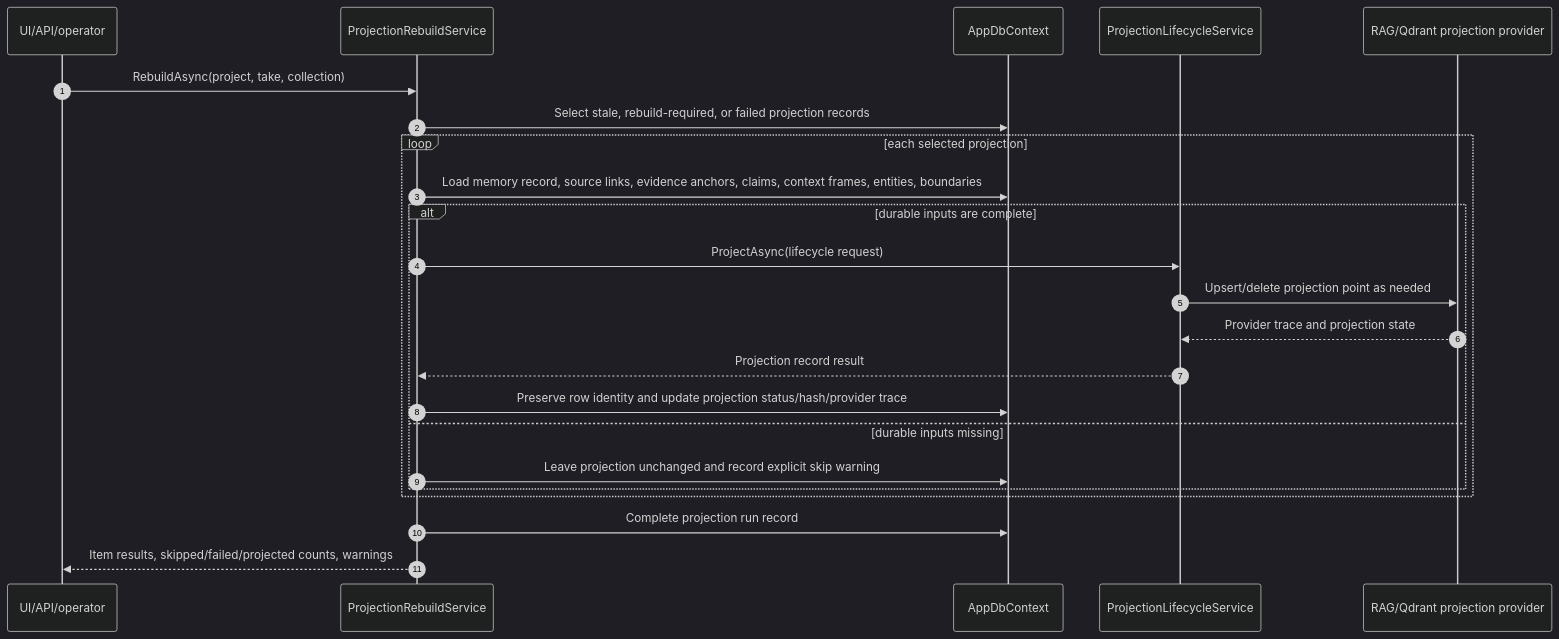
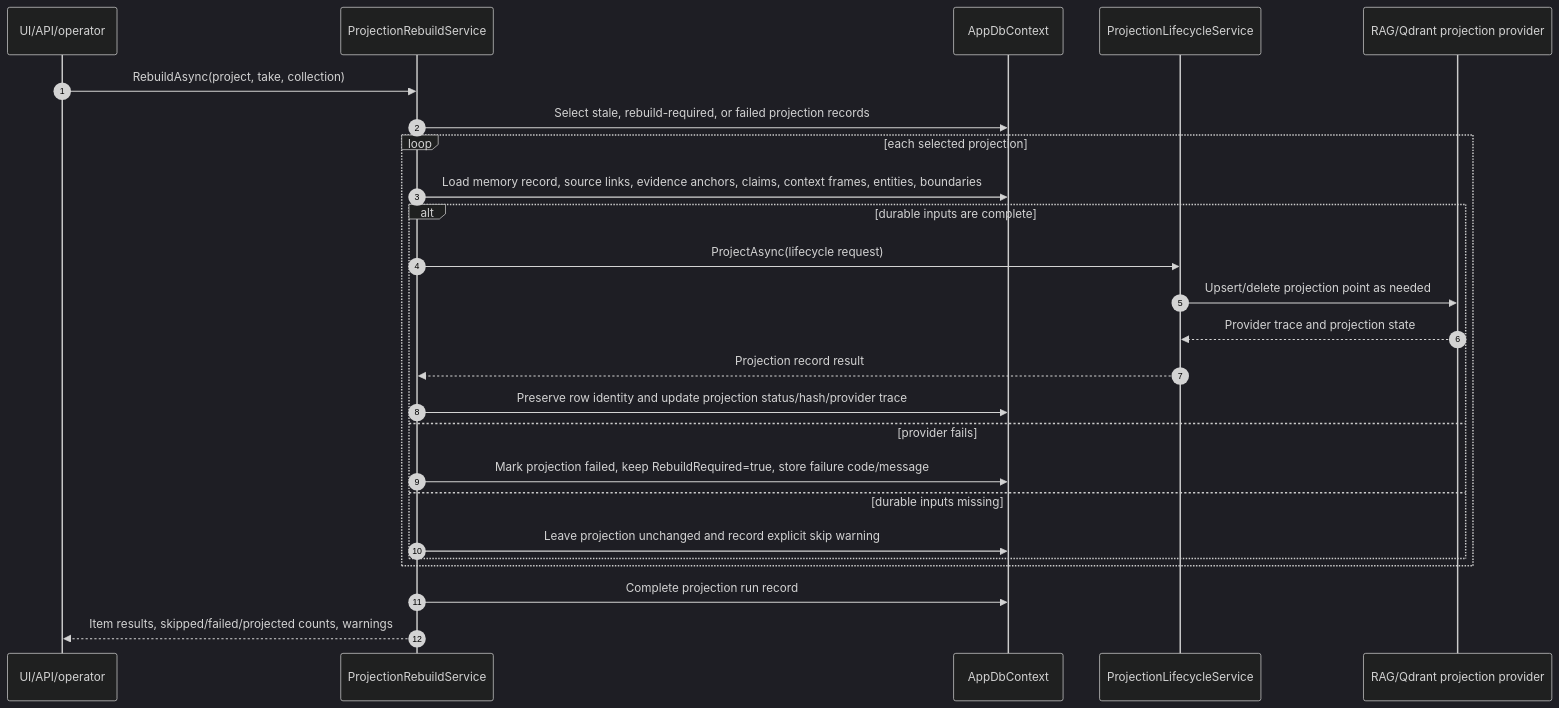
The fourth of 8 diagrams in docs/cognitive-memory/architecture/runtime-flows.md (fyziktom/CanDoItAll), drawn with Mermaid (dark theme) before and after one commit. The commit also changed other lines of this file and 71 other files, not shown here.

````diff
--- a/docs/cognitive-memory/architecture/runtime-flows.md
+++ b/docs/cognitive-memory/architecture/runtime-flows.md
@@ -73,26 +89,28 @@
 ```mermaid
 sequenceDiagram
     autonumber
     participant Caller as UI/API/operator
     participant Rebuild as ProjectionRebuildService
     participant Db as AppDbContext
     participant Lifecycle as ProjectionLifecycleService
     participant Provider as RAG/Qdrant projection provider
 
     Caller->>Rebuild: RebuildAsync(project, take, collection)
     Rebuild->>Db: Select stale, rebuild-required, or failed projection records
     loop each selected projection
         Rebuild->>Db: Load memory record, source links, evidence anchors, claims, context frames, entities, boundaries
         alt durable inputs are complete
             Rebuild->>Lifecycle: ProjectAsync(lifecycle request)
             Lifecycle->>Provider: Upsert/delete projection point as needed
             Provider-->>Lifecycle: Provider trace and projection state
             Lifecycle-->>Rebuild: Projection record result
             Rebuild->>Db: Preserve row identity and update projection status/hash/provider trace
+        else provider fails
+            Rebuild->>Db: Mark projection failed, keep RebuildRequired=true, store failure code/message
         else durable inputs missing
             Rebuild->>Db: Leave projection unchanged and record explicit skip warning
         end
     end
     Rebuild->>Db: Complete projection run record
     Rebuild-->>Caller: Item results, skipped/failed/projected counts, warnings
 ```
````
